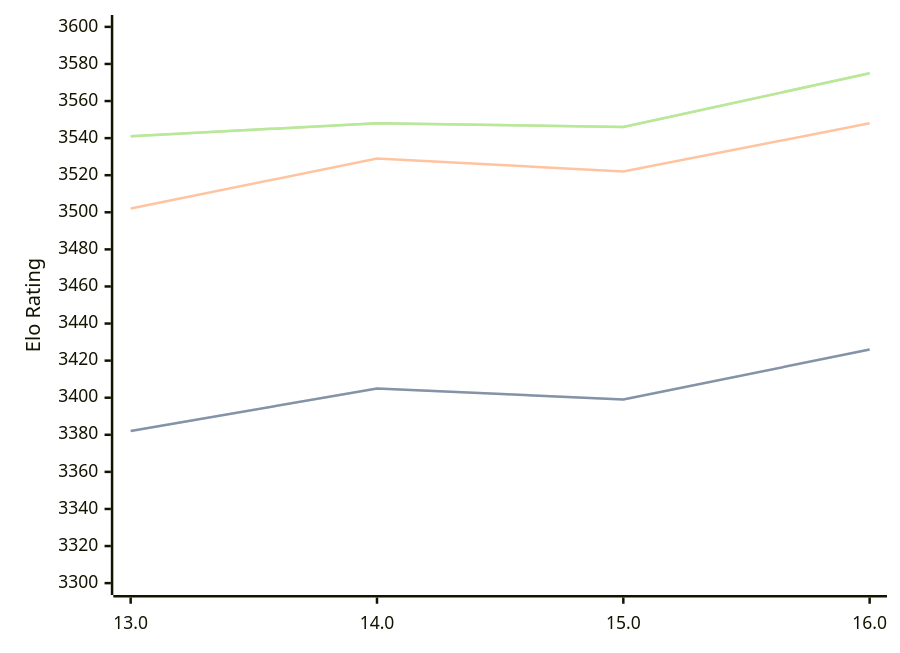
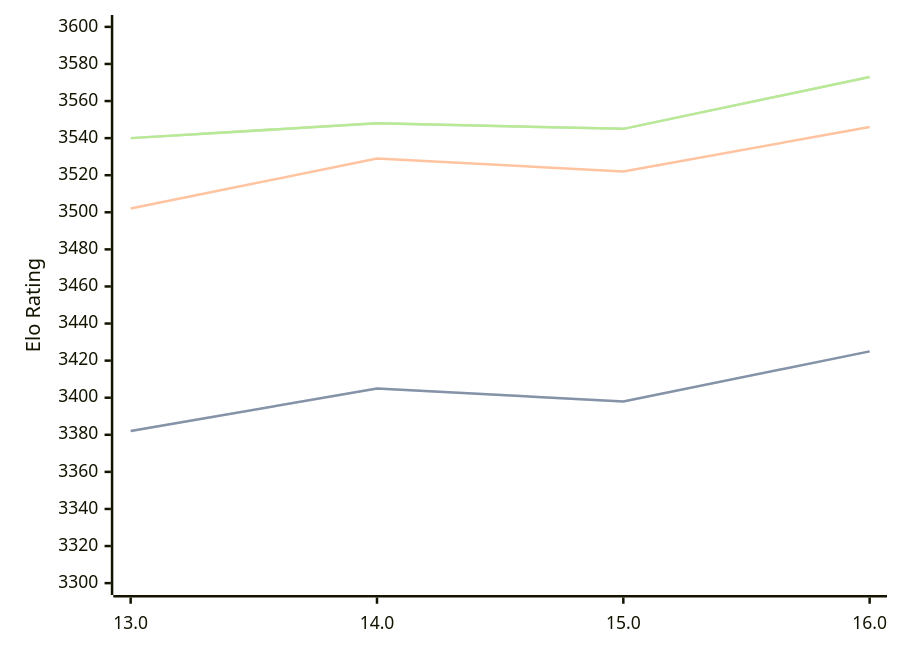
Before and after one commit to computer-chess-index/cci: the diagram in engines/Obsidian.md, drawn with Mermaid. The commit also changed other lines of this file, not shown here.

Commit message:
Update CCI Ratings (ELO VLTC) - 2026-07-27

````diff
--- a/engines/Obsidian.md
+++ b/engines/Obsidian.md
@@ -43,11 +43,11 @@
 ```mermaid
 %%{init: {"theme":"base","themeVariables":{"seriesColors:['#a3a3a3','#222221','#faa371']}}}%%
 xychart-beta
   x-axis ["13.0", "14.0", "15.0", "16.0"]
   y-axis "Elo Rating" 3300 --> 3600
-  line "STC (8.0+0.08s)" [3382, 3405, 3399, 3426]
-  line "STC (8.0+0.08s)" [3382, 3405, 3399, 3426]
-  line "LTC (60.0+0.60s)" [3502, 3529, 3522, 3548]
-  line "VLTC (2m24s+1.12s)" [3541, 3548, 3546, 3575]
-  line "VLTC (2m24s+1.12s)" [3541, 3548, 3546, 3575]
+  line "STC (8.0+0.08s)" [3382, 3405, 3398, 3425]
+  line "STC (8.0+0.08s)" [3382, 3405, 3398, 3425]
+  line "LTC (60.0+0.60s)" [3502, 3529, 3522, 3546]
+  line "VLTC (2m24s+1.12s)" [3540, 3548, 3545, 3573]
+  line "VLTC (2m24s+1.12s)" [3540, 3548, 3545, 3573]
 ```
````
